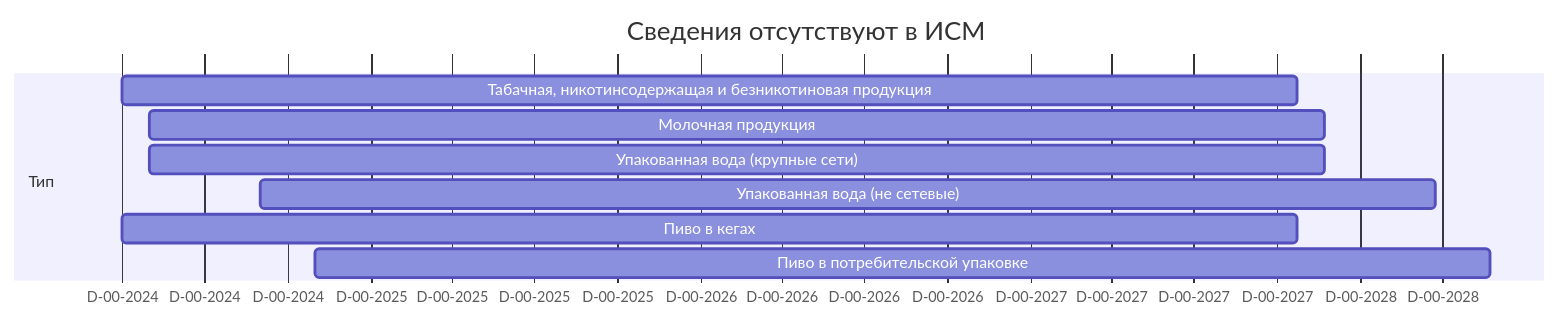
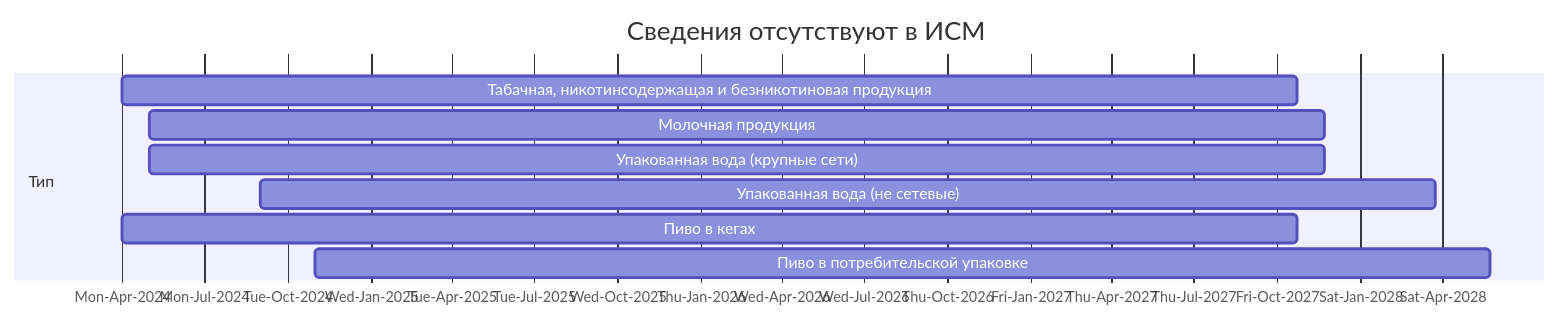
The first of 7 diagrams in imark/ppr1944.md (itidasoft/wiki), drawn with Mermaid before and after one commit. The commit also changed other lines of this file, not shown here.

Commit message:
docs: update imark/ppr1944

````diff
--- a/imark/ppr1944.md
+++ b/imark/ppr1944.md
@@ -195,13 +195,13 @@
 ```mermaid
 gantt
 	title Сведения отсутствуют в ИСМ
   dateFormat DD-MM-YYYY
-  axisFormat %D-%M-%Y
+  axisFormat %a-%b-%Y
   section Тип
   	Табачная, никотинсодержащая и безникотиновая продукция          :a1, 01-04-2024, 1300d
     Молочная продукция    :a2, 01-05-2024, 1300d
     Упакованная вода (крупные сети)   :a3, 01-05-2024, 1300d
     Упакованная вода (не сетевые)   :a4, 01-09-2024, 1300d
     Пиво в кегах       :a5, 01-04-2024, 1300d
     Пиво в потребительской упаковке       :a6, 01-11-2024, 1300d
 ``` 
````
